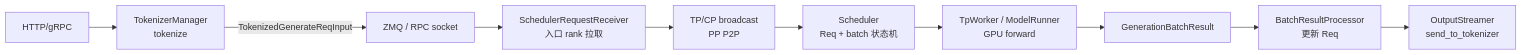
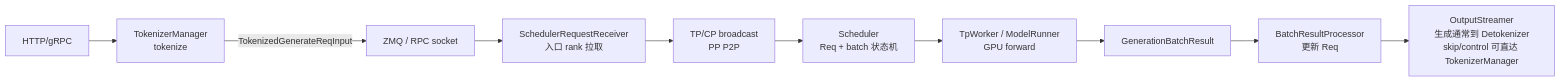
Before and after one commit to OnlyHero5/sglang-reading-vault: the diagram in sglang_reading/请求调度/Scheduler/SGLang-Scheduler-数据流.md, drawn with Mermaid. The commit also changed other lines of this file and 512 other files, not shown here.

````diff
--- a/sglang_reading/请求调度/Scheduler/SGLang-Scheduler-数据流.md
+++ b/sglang_reading/请求调度/Scheduler/SGLang-Scheduler-数据流.md
@@ -22,12 +22,12 @@
 ```mermaid
 flowchart LR
     HTTP["HTTP/gRPC"] --> TM["TokenizerManager<br/>tokenize"]
     TM -->|"TokenizedGenerateReqInput"| ZMQ["ZMQ / RPC socket"]
     ZMQ --> RR["SchedulerRequestReceiver<br/>入口 rank 拉取"]
     RR --> BCast["TP/CP broadcast<br/>PP P2P"]
     BCast --> SCH["Scheduler<br/>Req + batch 状态机"]
     SCH --> MW["TpWorker / ModelRunner<br/>GPU forward"]
     MW --> BR["GenerationBatchResult"]
     BR --> PROC["BatchResultProcessor<br/>更新 Req"]
-    PROC --> OUT["OutputStreamer<br/>send_to_tokenizer"]
+    PROC --> OUT["OutputStreamer<br/>生成通常到 Detokenizer<br/>skip/control 可直达 TokenizerManager"]
 ```
````
